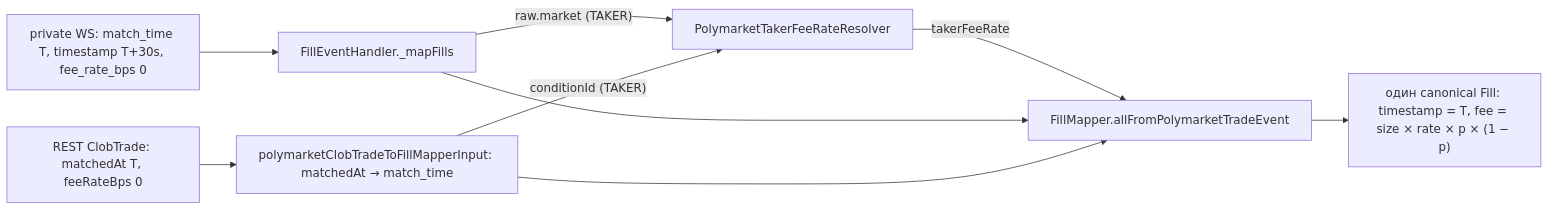
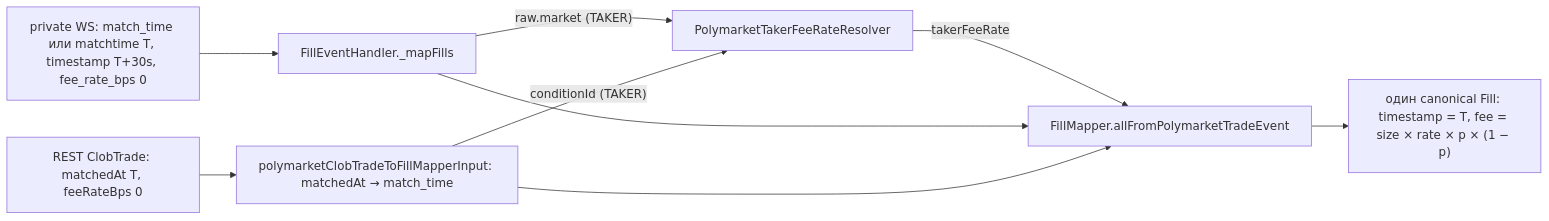
The second of 2 diagrams in docs/guides/account-venue-state.md (menvil/polymarket), drawn with Mermaid before and after one commit. The commit also changed other lines of this file and 11 other files, not shown here.

````diff
--- a/docs/guides/account-venue-state.md
+++ b/docs/guides/account-venue-state.md
@@ -444,11 +452,11 @@
 ```mermaid
 flowchart LR
-    WS["private WS: match_time T, timestamp T+30s, fee_rate_bps 0"] --> H[FillEventHandler._mapFills]
+    WS["private WS: match_time или matchtime T, timestamp T+30s, fee_rate_bps 0"] --> H[FillEventHandler._mapFills]
     REST["REST ClobTrade: matchedAt T, feeRateBps 0"] --> C["polymarketClobTradeToFillMapperInput: matchedAt → match_time"]
     H -->|"raw.market (TAKER)"| R[PolymarketTakerFeeRateResolver]
     C -->|"conditionId (TAKER)"| R
     R -->|takerFeeRate| FM[FillMapper.allFromPolymarketTradeEvent]
     H --> FM
     C --> FM
     FM --> F["один canonical Fill: timestamp = T, fee = size × rate × p × (1 − p)"]
 ```
````
